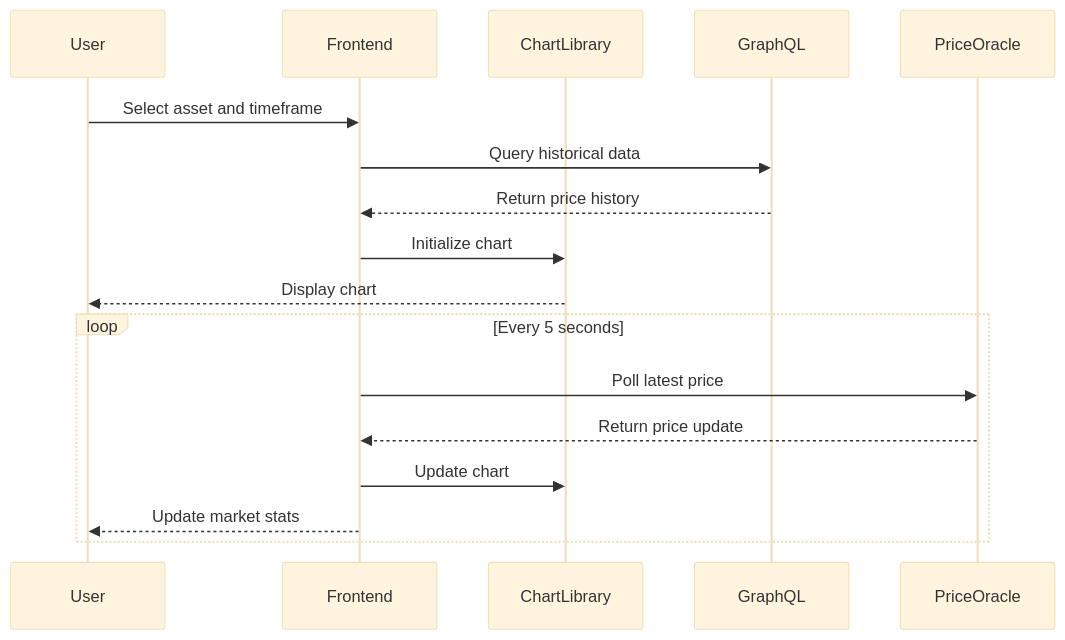
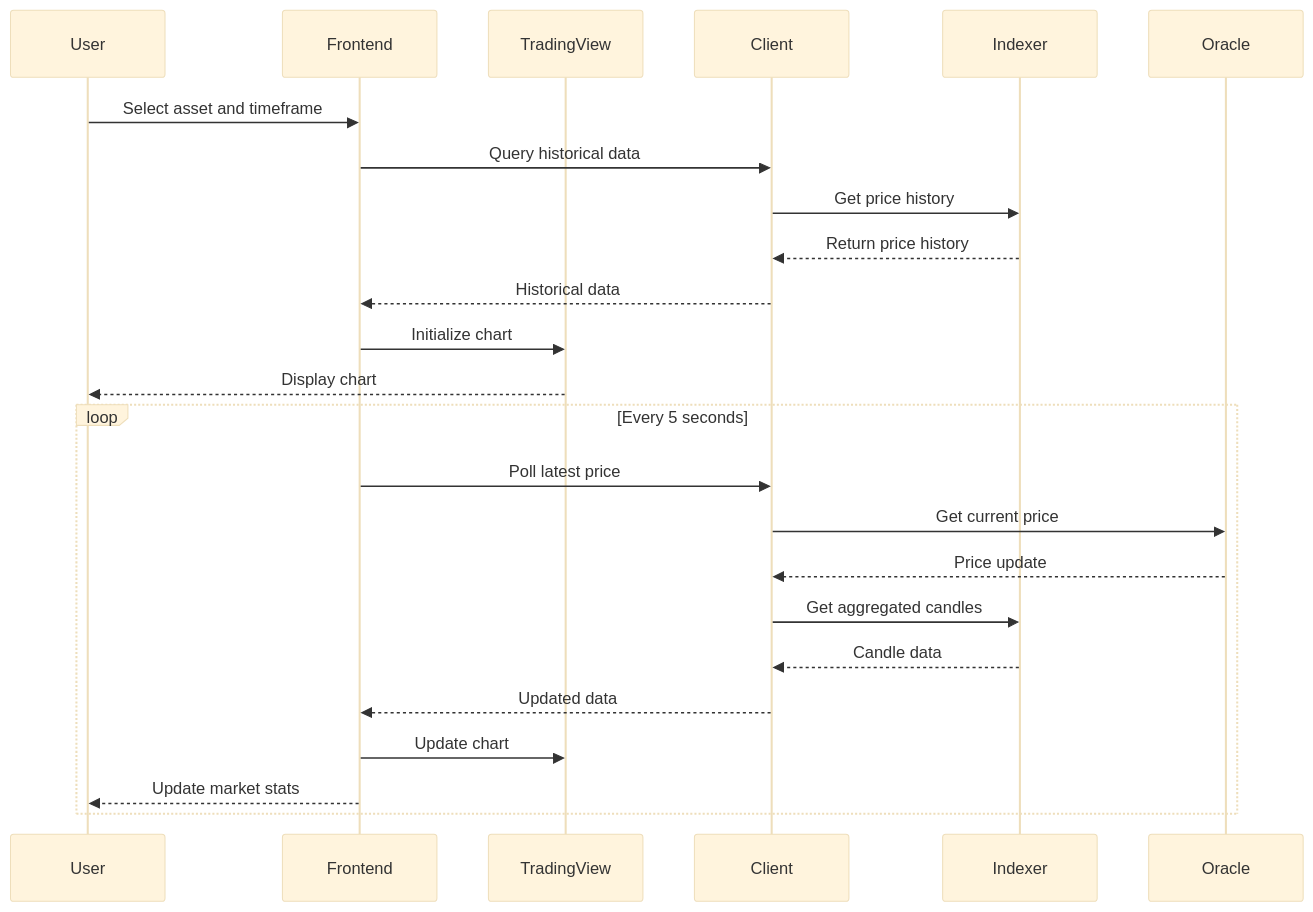
The sixth of 15 diagrams in project-stories-breakdown-reorganized.md (dydxprotocol/v4-web), drawn with Mermaid (base theme) before and after one commit. The commit also changed other lines of this file, not shown here.

Commit message:
docs(arch): Update user stories for correctness and clarity

````diff
--- a/project-stories-breakdown-reorganized.md
+++ b/project-stories-breakdown-reorganized.md
@@ -1157,21 +877,28 @@
 ```mermaid
 sequenceDiagram
     participant User
     participant Frontend
-    participant ChartLibrary
-    participant GraphQL
-    participant PriceOracle
+    participant TradingView
+    participant Client
+    participant Indexer
+    participant Oracle
     
     User->>Frontend: Select asset and timeframe
-    Frontend->>GraphQL: Query historical data
-    GraphQL-->>Frontend: Return price history
-    Frontend->>ChartLibrary: Initialize chart
-    ChartLibrary-->>User: Display chart
+    Frontend->>Client: Query historical data
+    Client->>Indexer: Get price history
+    Indexer-->>Client: Return price history
+    Client-->>Frontend: Historical data
+    Frontend->>TradingView: Initialize chart
+    TradingView-->>User: Display chart
     
     loop Every 5 seconds
-        Frontend->>PriceOracle: Poll latest price
-        PriceOracle-->>Frontend: Return price update
-        Frontend->>ChartLibrary: Update chart
+        Frontend->>Client: Poll latest price
+        Client->>Oracle: Get current price
+        Oracle-->>Client: Price update
+        Client->>Indexer: Get aggregated candles
+        Indexer-->>Client: Candle data
+        Client-->>Frontend: Updated data
+        Frontend->>TradingView: Update chart
         Frontend-->>User: Update market stats
     end
 ```
````
